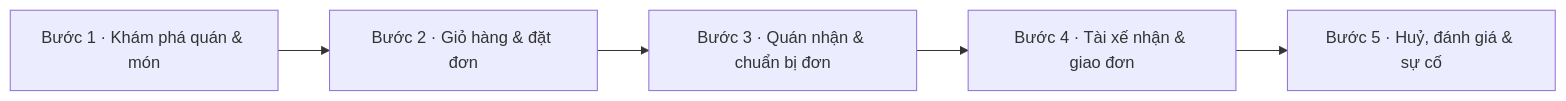
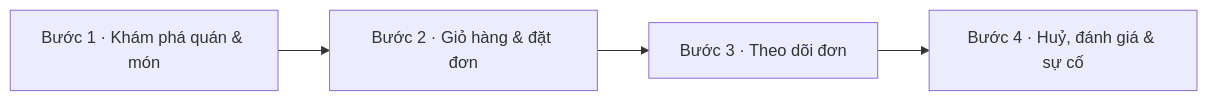
One commit to uxfoundation-vn/de06-dat-ship-do-an changed the first of 5 diagrams in docs/PRD.md. Above: the diagram before and after it, drawn with Mermaid. The commit also changed other lines of this file and 2 other files, not shown here.

````diff
--- a/docs/PRD.md
+++ b/docs/PRD.md
@@ -265,12 +226,10 @@
 ```mermaid
 flowchart LR
   L1["Bước 1 · Khám phá quán & món"]
   L2["Bước 2 · Giỏ hàng & đặt đơn"]
-  L3["Bước 3 · Quán nhận & chuẩn bị đơn"]
-  L4["Bước 4 · Tài xế nhận & giao đơn"]
-  L5["Bước 5 · Huỷ, đánh giá & sự cố"]
+  L3["Bước 3 · Theo dõi đơn"]
+  L4["Bước 4 · Huỷ, đánh giá & sự cố"]
   L1 --> L2
   L2 --> L3
   L3 --> L4
-  L4 --> L5
 ```
````
